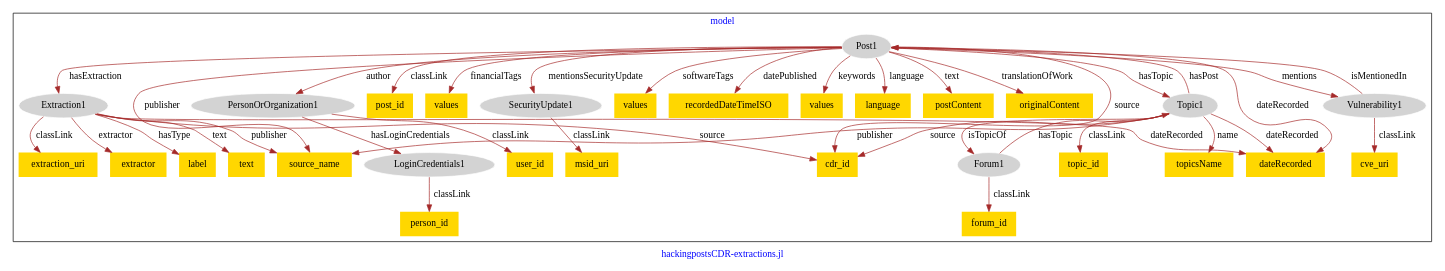
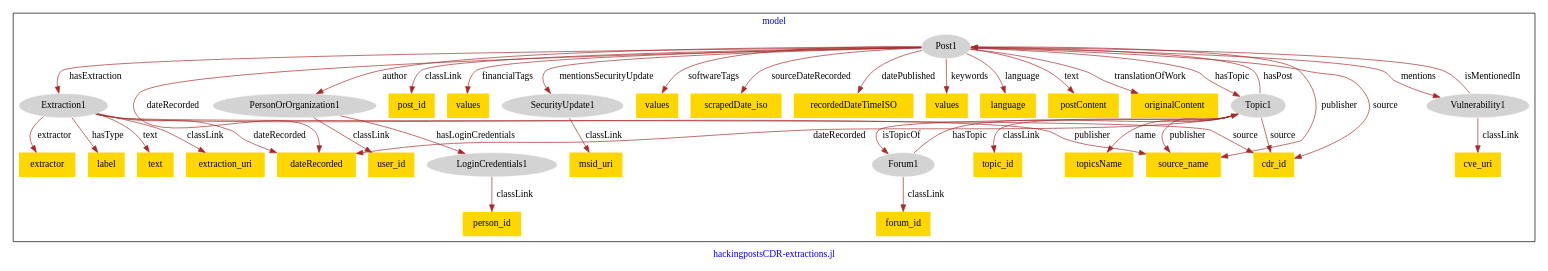
Before and after one commit to usc-isi-i2/effect-alignment: the diagram in models/asu-hacking-posts/hacking_posts-model.dot, drawn with Graphviz.

Commit message:
Update file hacking_posts-model.dot

```diff
--- a/models/asu-hacking-posts/hacking_posts-model.dot
+++ b/models/asu-hacking-posts/hacking_posts-model.dot
@@ -1,76 +1,78 @@
 digraph n0 {
 fontcolor="blue"
 remincross="true"
 label="hackingpostsCDR-extractions.jl"
 subgraph cluster {
 label="model"
 n2[style="filled",color="white",fillcolor="lightgray",label="Extraction1"];
 n3[shape="plaintext",style="filled",fillcolor="gold",label="extraction_uri"];
-n4[shape="plaintext",style="filled",fillcolor="gold",label="extractor"];
-n5[shape="plaintext",style="filled",fillcolor="gold",label="label"];
-n6[shape="plaintext",style="filled",fillcolor="gold",label="source_name"];
+n4[shape="plaintext",style="filled",fillcolor="gold",label="dateRecorded"];
+n5[shape="plaintext",style="filled",fillcolor="gold",label="extractor"];
+n6[shape="plaintext",style="filled",fillcolor="gold",label="label"];
 n7[shape="plaintext",style="filled",fillcolor="gold",label="text"];
 n8[style="filled",color="white",fillcolor="lightgray",label="Forum1"];
 n9[shape="plaintext",style="filled",fillcolor="gold",label="forum_id"];
 n10[style="filled",color="white",fillcolor="lightgray",label="LoginCredentials1"];
 n11[shape="plaintext",style="filled",fillcolor="gold",label="person_id"];
 n12[style="filled",color="white",fillcolor="lightgray",label="PersonOrOrganization1"];
 n13[shape="plaintext",style="filled",fillcolor="gold",label="user_id"];
 n14[style="filled",color="white",fillcolor="lightgray",label="Post1"];
 n15[shape="plaintext",style="filled",fillcolor="gold",label="post_id"];
 n16[shape="plaintext",style="filled",fillcolor="gold",label="values"];
 n17[style="filled",color="white",fillcolor="lightgray",label="SecurityUpdate1"];
 n18[shape="plaintext",style="filled",fillcolor="gold",label="values"];
-n19[shape="plaintext",style="filled",fillcolor="gold",label="recordedDateTimeISO"];
-n20[shape="plaintext",style="filled",fillcolor="gold",label="values"];
-n21[shape="plaintext",style="filled",fillcolor="gold",label="language"];
-n22[shape="plaintext",style="filled",fillcolor="gold",label="postContent"];
-n23[shape="plaintext",style="filled",fillcolor="gold",label="originalContent"];
-n24[shape="plaintext",style="filled",fillcolor="gold",label="msid_uri"];
-n25[style="filled",color="white",fillcolor="lightgray",label="Topic1"];
-n26[shape="plaintext",style="filled",fillcolor="gold",label="topic_id"];
-n27[shape="plaintext",style="filled",fillcolor="gold",label="topicsName"];
-n28[style="filled",color="white",fillcolor="lightgray",label="Vulnerability1"];
-n29[shape="plaintext",style="filled",fillcolor="gold",label="cve_uri"];
-n30[shape="plaintext",style="filled",fillcolor="gold",label="cdr_id"];
-n31[shape="plaintext",style="filled",fillcolor="gold",label="dateRecorded"];
+n19[shape="plaintext",style="filled",fillcolor="gold",label="scrapedDate_iso"];
+n20[shape="plaintext",style="filled",fillcolor="gold",label="recordedDateTimeISO"];
+n21[shape="plaintext",style="filled",fillcolor="gold",label="values"];
+n22[shape="plaintext",style="filled",fillcolor="gold",label="language"];
+n23[shape="plaintext",style="filled",fillcolor="gold",label="postContent"];
+n24[shape="plaintext",style="filled",fillcolor="gold",label="originalContent"];
+n25[shape="plaintext",style="filled",fillcolor="gold",label="msid_uri"];
+n26[style="filled",color="white",fillcolor="lightgray",label="Topic1"];
+n27[shape="plaintext",style="filled",fillcolor="gold",label="topic_id"];
+n28[shape="plaintext",style="filled",fillcolor="gold",label="topicsName"];
+n29[style="filled",color="white",fillcolor="lightgray",label="Vulnerability1"];
+n30[shape="plaintext",style="filled",fillcolor="gold",label="cve_uri"];
+n31[shape="plaintext",style="filled",fillcolor="gold",label="source_name"];
+n32[shape="plaintext",style="filled",fillcolor="gold",label="cdr_id"];
 }
 n2 -> n3[color="brown",fontcolor="black",label="classLink"]
-n2 -> n4[color="brown",fontcolor="black",label="extractor"]
-n2 -> n5[color="brown",fontcolor="black",label="hasType"]
-n2 -> n6[color="brown",fontcolor="black",label="publisher"]
+n2 -> n4[color="brown",fontcolor="black",label="dateRecorded"]
+n2 -> n5[color="brown",fontcolor="black",label="extractor"]
+n2 -> n6[color="brown",fontcolor="black",label="hasType"]
 n2 -> n7[color="brown",fontcolor="black",label="text"]
 n8 -> n9[color="brown",fontcolor="black",label="classLink"]
 n10 -> n11[color="brown",fontcolor="black",label="classLink"]
 n12 -> n13[color="brown",fontcolor="black",label="classLink"]
 n14 -> n15[color="brown",fontcolor="black",label="classLink"]
 n14 -> n16[color="brown",fontcolor="black",label="financialTags"]
 n14 -> n17[color="brown",fontcolor="black",label="mentionsSecurityUpdate"]
 n14 -> n18[color="brown",fontcolor="black",label="softwareTags"]
-n14 -> n19[color="brown",fontcolor="black",label="datePublished"]
-n14 -> n20[color="brown",fontcolor="black",label="keywords"]
-n14 -> n21[color="brown",fontcolor="black",label="language"]
-n14 -> n22[color="brown",fontcolor="black",label="text"]
-n14 -> n23[color="brown",fontcolor="black",label="translationOfWork"]
-n17 -> n24[color="brown",fontcolor="black",label="classLink"]
-n25 -> n26[color="brown",fontcolor="black",label="classLink"]
-n25 -> n27[color="brown",fontcolor="black",label="name"]
-n25 -> n6[color="brown",fontcolor="black",label="publisher"]
-n28 -> n29[color="brown",fontcolor="black",label="classLink"]
-n14 -> n25[color="brown",fontcolor="black",label="hasTopic"]
-n25 -> n30[color="brown",fontcolor="black",label="source"]
+n14 -> n19[color="brown",fontcolor="black",label="sourceDateRecorded"]
+n14 -> n20[color="brown",fontcolor="black",label="datePublished"]
+n14 -> n21[color="brown",fontcolor="black",label="keywords"]
+n14 -> n22[color="brown",fontcolor="black",label="language"]
+n14 -> n23[color="brown",fontcolor="black",label="text"]
+n14 -> n24[color="brown",fontcolor="black",label="translationOfWork"]
+n17 -> n25[color="brown",fontcolor="black",label="classLink"]
+n26 -> n27[color="brown",fontcolor="black",label="classLink"]
+n26 -> n4[color="brown",fontcolor="black",label="dateRecorded"]
+n26 -> n28[color="brown",fontcolor="black",label="name"]
+n29 -> n30[color="brown",fontcolor="black",label="classLink"]
+n14 -> n26[color="brown",fontcolor="black",label="hasTopic"]
+n2 -> n31[color="brown",fontcolor="black",label="publisher"]
 n14 -> n12[color="brown",fontcolor="black",label="author"]
-n2 -> n30[color="brown",fontcolor="black",label="source"]
-n28 -> n14[color="brown",fontcolor="black",label="isMentionedIn"]
-n14 -> n30[color="brown",fontcolor="black",label="source"]
-n14 -> n31[color="brown",fontcolor="black",label="dateRecorded"]
-n14 -> n28[color="brown",fontcolor="black",label="mentions"]
+n29 -> n14[color="brown",fontcolor="black",label="isMentionedIn"]
+n14 -> n29[color="brown",fontcolor="black",label="mentions"]
+n14 -> n4[color="brown",fontcolor="black",label="dateRecorded"]
 n12 -> n10[color="brown",fontcolor="black",label="hasLoginCredentials"]
-n25 -> n31[color="brown",fontcolor="black",label="dateRecorded"]
-n25 -> n14[color="brown",fontcolor="black",label="hasPost"]
-n25 -> n8[color="brown",fontcolor="black",label="isTopicOf"]
-n8 -> n25[color="brown",fontcolor="black",label="hasTopic"]
+n14 -> n31[color="brown",fontcolor="black",label="publisher"]
+n26 -> n32[color="brown",fontcolor="black",label="source"]
+n26 -> n14[color="brown",fontcolor="black",label="hasPost"]
+n2 -> n32[color="brown",fontcolor="black",label="source"]
+n26 -> n8[color="brown",fontcolor="black",label="isTopicOf"]
+n14 -> n32[color="brown",fontcolor="black",label="source"]
+n26 -> n31[color="brown",fontcolor="black",label="publisher"]
+n8 -> n26[color="brown",fontcolor="black",label="hasTopic"]
 n14 -> n2[color="brown",fontcolor="black",label="hasExtraction"]
-n2 -> n31[color="brown",fontcolor="black",label="dateRecorded"]
-n14 -> n6[color="brown",fontcolor="black",label="publisher"]
 }
```
